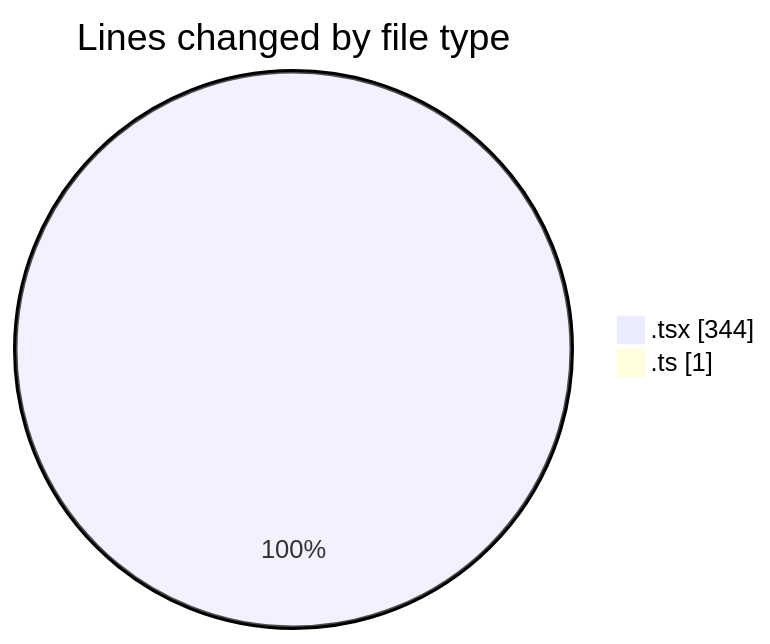
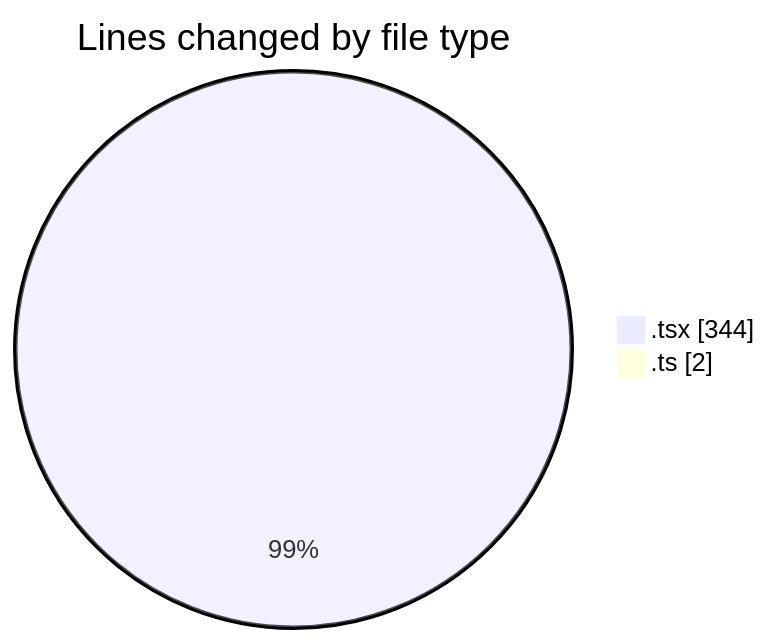
Before and after one commit to robertbonfada/code-tracking: the first of 2 diagrams in 2025-02-19/mbc-web/README.md, drawn with Mermaid. The commit also changed other lines of this file and 1 other file, not shown here.

````diff
--- a/2025-02-19/mbc-web/README.md
+++ b/2025-02-19/mbc-web/README.md
@@ -24,6 +24,6 @@
 ```mermaid
 pie showData
 title Lines changed by file type
 ".tsx" : 344
-".ts" : 1
+".ts" : 2
 ```
````
